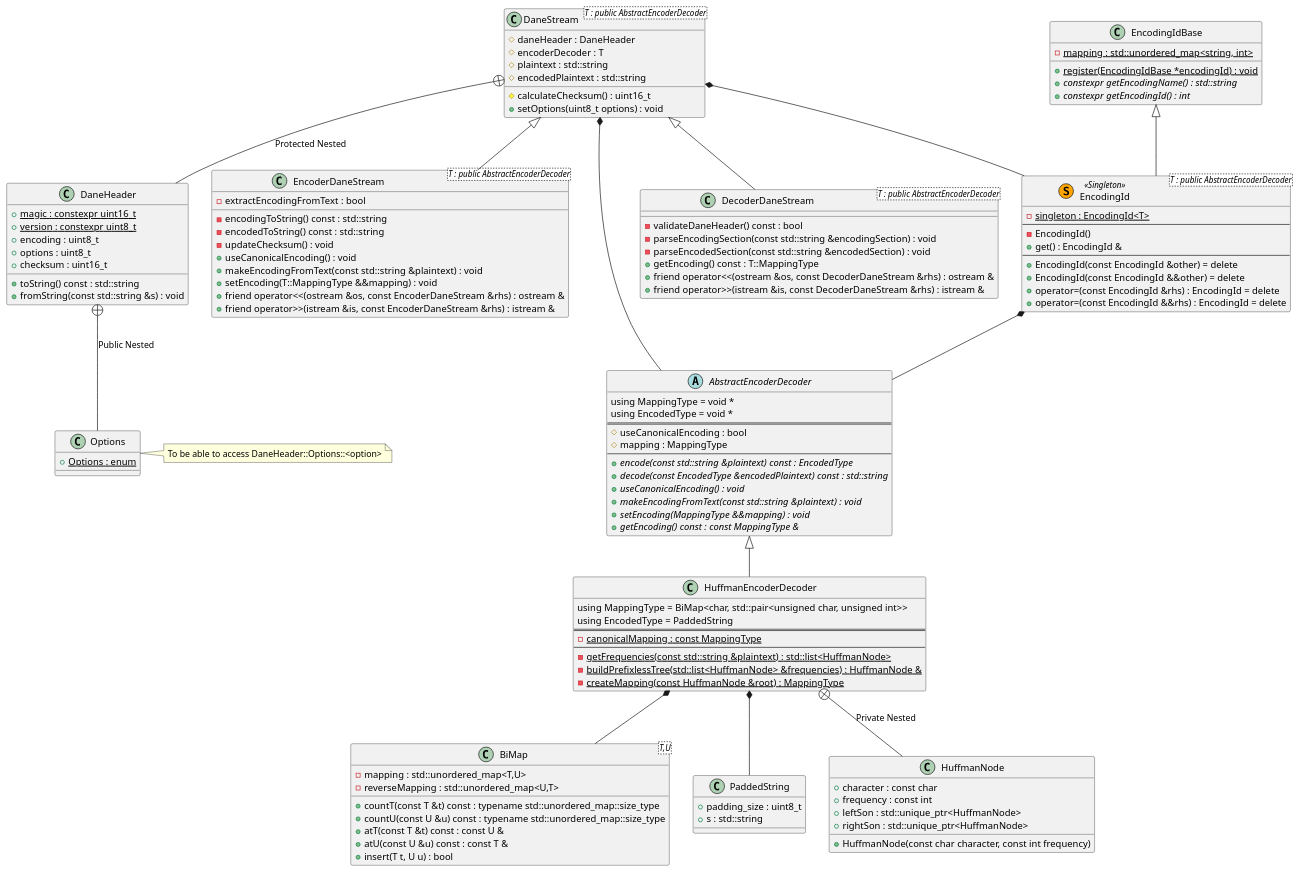
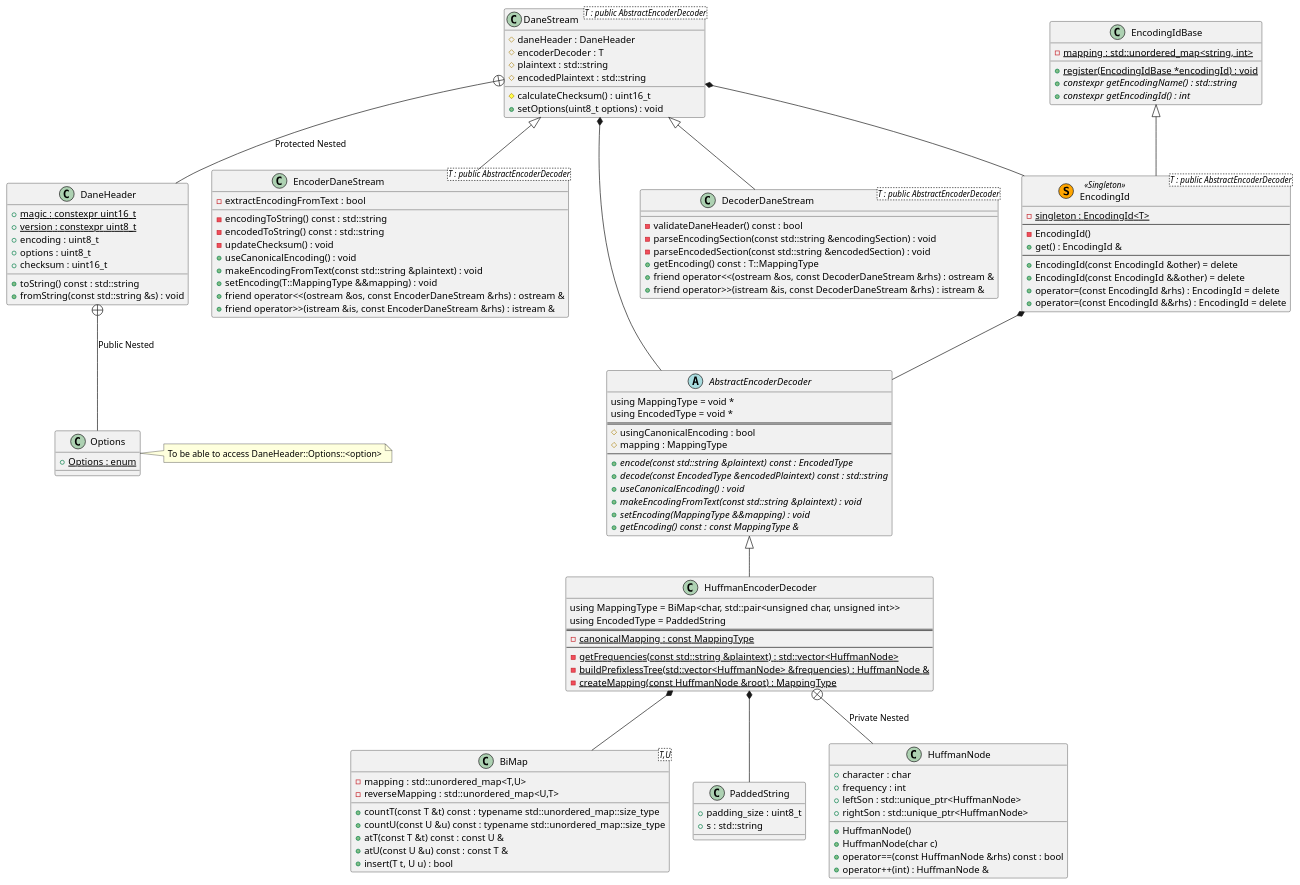
One commit to dan1994/cpp--dane changed the diagram in docs/design.puml. Above: the diagram before and after it, drawn with PlantUML. The commit also changed 5 other files, not shown here.

Commit message:
Implemented HuffmanNode methods, and the getFrequencies methods. Changed some declarations and updated design to match

```diff
--- a/docs/design.puml
+++ b/docs/design.puml
@@ -1,127 +1,130 @@
 @startuml dane
 class BiMap<T,U> {
 	- {field}	mapping : std::unordered_map<T,U>
 	- {field}	reverseMapping : std::unordered_map<U,T>
 	+ {method}	countT(const T &t) const : typename std::unordered_map::size_type
 	+ {method}	countU(const U &u) const : typename std::unordered_map::size_type
 	+ {method}	atT(const T &t) const : const U &
 	+ {method}	atU(const U &u) const : const T &
 	+ {method}	insert(T t, U u) : bool
 }
 
 class PaddedString {
 	+ {field}	padding_size : uint8_t
 	+ {field}	s : std::string
 }
 
 abstract class AbstractEncoderDecoder {
 	using MappingType = void *
 	using EncodedType = void *
 	==
-	# {field}	useCanonicalEncoding : bool
+	# {field}	usingCanonicalEncoding : bool
 	# {field}	mapping : MappingType
 	--
 	+ {method}	{abstract} encode(const std::string &plaintext) const : EncodedType
 	+ {method}	{abstract} decode(const EncodedType &encodedPlaintext) const : std::string
 	+ {method}	{abstract} useCanonicalEncoding() : void
 	+ {method}	{abstract} makeEncodingFromText(const std::string &plaintext) : void
 	+ {method}	{abstract} setEncoding(MappingType &&mapping) : void
 	+ {method}	{abstract} getEncoding() const : const MappingType &
 }
 
 AbstractEncoderDecoder <|-- HuffmanEncoderDecoder
 HuffmanEncoderDecoder *-- BiMap
 HuffmanEncoderDecoder *-- PaddedString
 HuffmanEncoderDecoder +-- HuffmanNode : "Private Nested"
 class HuffmanEncoderDecoder {
 	using MappingType = BiMap<char, std::pair<unsigned char, unsigned int>>
 	using EncodedType = PaddedString
 	==
 	- {field}	{static} canonicalMapping : const MappingType
 	--
-	- {method}	{static} getFrequencies(const std::string &plaintext) : std::list<HuffmanNode>
-	- {method}	{static} buildPrefixlessTree(std::list<HuffmanNode> &frequencies) : HuffmanNode &
+	- {method}	{static} getFrequencies(const std::string &plaintext) : std::vector<HuffmanNode>
+	- {method}	{static} buildPrefixlessTree(std::vector<HuffmanNode> &frequencies) : HuffmanNode &
 	- {method}	{static} createMapping(const HuffmanNode &root) : MappingType
 }
 
 class HuffmanNode {
-	+ {field}	character : const char
-	+ {field}	frequency : const int
+	+ {field}	character : char
+	+ {field}	frequency : int
 	+ {field}	leftSon : std::unique_ptr<HuffmanNode>
 	+ {field}	rightSon : std::unique_ptr<HuffmanNode>
-	+ {method}	HuffmanNode(const char character, const int frequency)
+	+ {method}	HuffmanNode()
+	+ {method}	HuffmanNode(char c)
+	+ {method}	operator==(const HuffmanNode &rhs) const : bool
+	+ {method}	operator++(int) : HuffmanNode &
 }
 
 DaneStream +-- DaneHeader : Protected Nested
 class DaneHeader {
 	+ {field}	{static} magic : constexpr uint16_t
 	+ {field}	{static} version : constexpr uint8_t
 	+ {field}	encoding : uint8_t
 	+ {field}	options : uint8_t
 	+ {field}	checksum : uint16_t
 	+ {method}	toString() const : std::string
 	+ {method}	fromString(const std::string &s) : void
 }
 
 DaneHeader +-- Options : Public Nested
 note right of Options : To be able to access DaneHeader::Options::<option>
 class Options {
 	+ {field}	{static} Options : enum
 }
 
 DaneStream *-- AbstractEncoderDecoder
 DaneStream *-- EncodingId
 class DaneStream<T : public AbstractEncoderDecoder> {
 	# {field}	daneHeader : DaneHeader
 	# {field}	encoderDecoder : T
 	# {field}	plaintext : std::string
 	# {field}	encodedPlaintext : std::string
 	# {method}	calculateChecksum() : uint16_t
 	+ {method}	setOptions(uint8_t options) : void
 }
 
 DaneStream <|-- EncoderDaneStream
 class EncoderDaneStream<T : public AbstractEncoderDecoder> {
 	- {field}	extractEncodingFromText : bool
 	- {method}	encodingToString() const : std::string
 	- {method}	encodedToString() const : std::string
 	- {method}	updateChecksum() : void
 	+ {method}	useCanonicalEncoding() : void
 	+ {method}	makeEncodingFromText(const std::string &plaintext) : void
 	+ {method}	setEncoding(T::MappingType &&mapping) : void
 	+ {method}	friend operator<<(ostream &os, const EncoderDaneStream &rhs) : ostream &
 	+ {method}	friend operator>>(istream &is, const EncoderDaneStream &rhs) : istream &
 }
 
 DaneStream <|-- DecoderDaneStream
 class DecoderDaneStream<T : public AbstractEncoderDecoder> {
 	- {method}	validateDaneHeader() const : bool
 	- {method}	parseEncodingSection(const std::string &encodingSection) : void
 	- {method}	parseEncodedSection(const std::string &encodedSection) : void
 	+ {method}	getEncoding() const : T::MappingType
 	+ {method}	friend operator<<(ostream &os, const DecoderDaneStream &rhs) : ostream &
 	+ {method}	friend operator>>(istream &is, const DecoderDaneStream &rhs) : istream &
 }
 
 class EncodingIdBase {
 	- {field}	{static} mapping : std::unordered_map<string, int>
 	+ {method}	{static} register(EncodingIdBase *encodingId) : void
 	+ {method}	{abstract} constexpr getEncodingName() : std::string
 	+ {method}	{abstract} constexpr getEncodingId() : int
 }
 
 EncodingIdBase <|-- EncodingId
 EncodingId *-- AbstractEncoderDecoder
 class EncodingId<T : public AbstractEncoderDecoder> << (S,Orange) Singleton >> {
 	- {field}	{static} singleton : EncodingId<T>
 	--
 	- {method}	EncodingId()
 	+ {method}	get() : EncodingId &
 	--
 	+ {method}	EncodingId(const EncodingId &other) = delete
 	+ {method}	EncodingId(const EncodingId &&other) = delete
 	+ {method}	operator=(const EncodingId &rhs) : EncodingId = delete
 	+ {method}	operator=(const EncodingId &&rhs) : EncodingId = delete
 }
 
 @enduml
```
